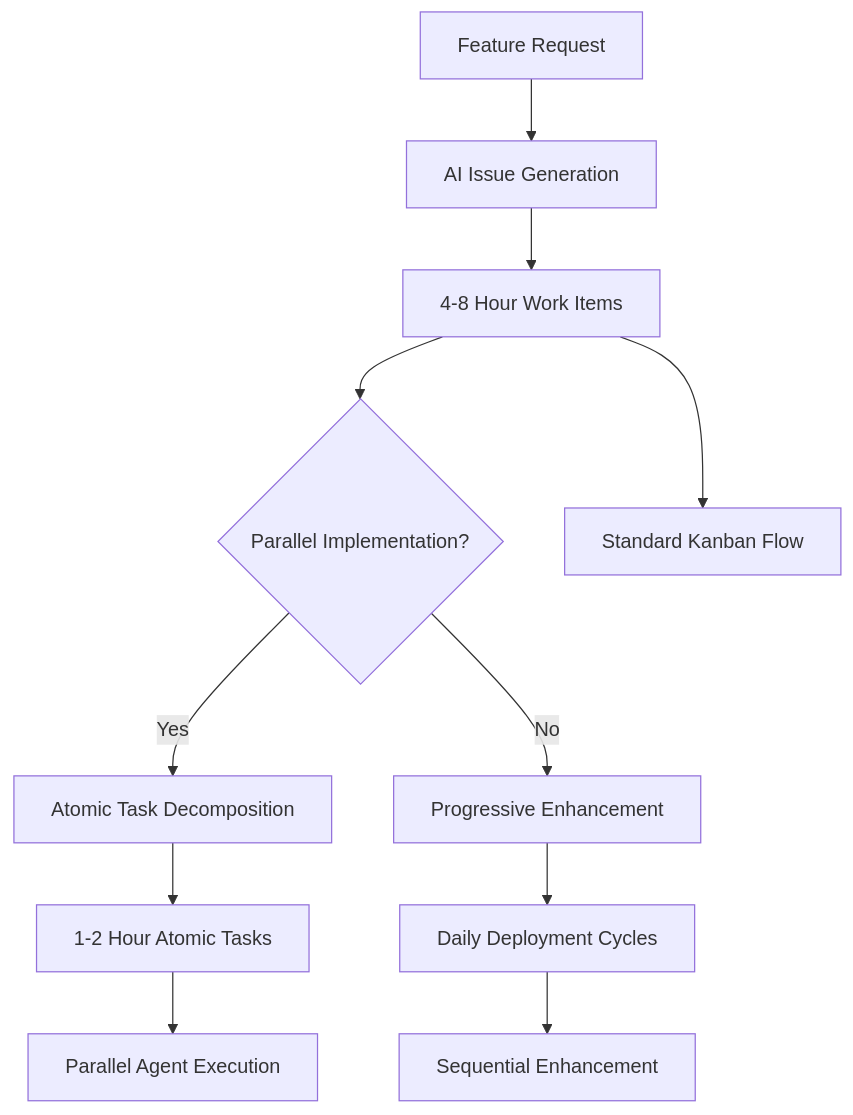
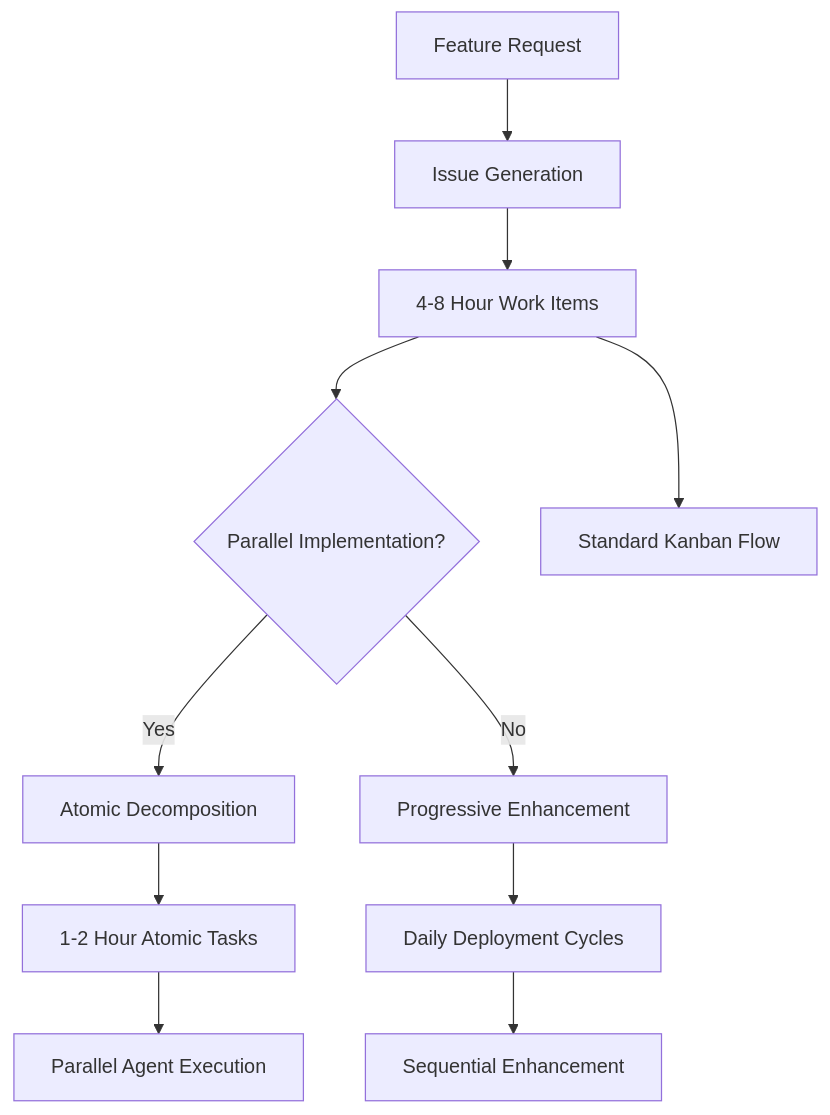
Before and after one commit to PaulDuvall/ai-development-patterns: the second of 11 diagrams in README.md, drawn with Mermaid. The commit also changed other lines of this file and 140 other files, not shown here.

````diff
--- a/README.md
+++ b/README.md
@@ -109,14 +109,14 @@
 ```mermaid
 graph TD
-    A[Feature Request] --> B[AI Issue Generation]
+    A[Feature Request] --> B[Issue Generation]
     B --> C[4-8 Hour Work Items]
     C --> D{Parallel Implementation?}
-    D -->|Yes| E[Atomic Task Decomposition]
+    D -->|Yes| E[Atomic Decomposition]
     D -->|No| F[Progressive Enhancement]
     E --> G[1-2 Hour Atomic Tasks]
     F --> H[Daily Deployment Cycles]
-    
+
     G --> I[Parallel Agent Execution]
     H --> J[Sequential Enhancement]
     C --> K[Standard Kanban Flow]
 ```
````
